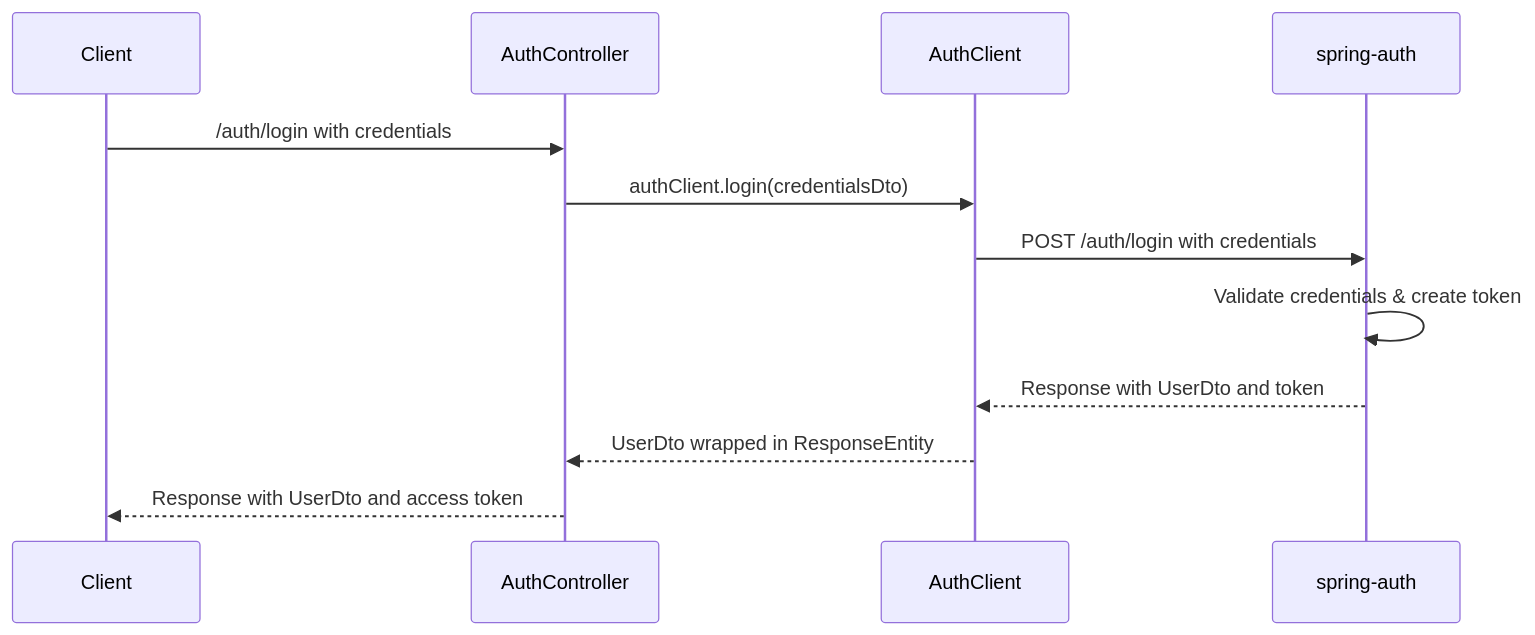
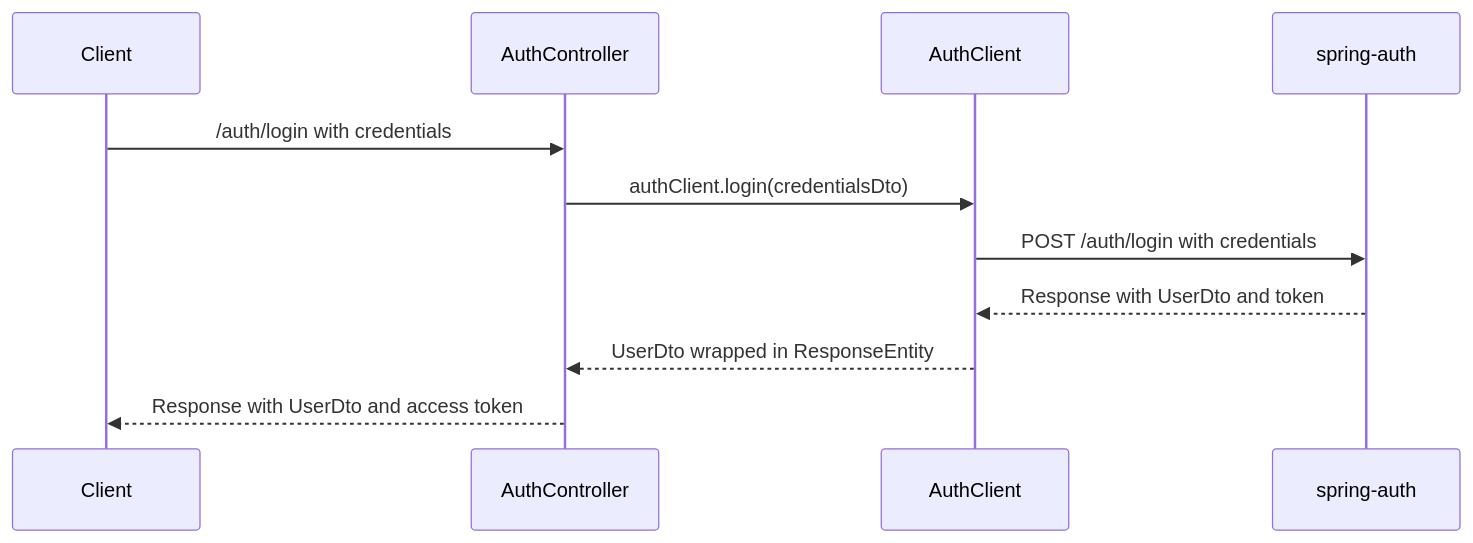
One commit to OrifInformatique/template_frontback changed the first of 6 diagrams in doc/process-documentation.md. Above: the diagram before and after it, drawn with Mermaid. The commit also changed other lines of this file, not shown here.

````diff
--- a/doc/process-documentation.md
+++ b/doc/process-documentation.md
@@ -118,15 +117,14 @@
 ```mermaid
 sequenceDiagram
     participant Client
     participant AuthController
     participant AuthClient
     participant spring-auth
 
     Client->>AuthController: /auth/login with credentials
     AuthController->>AuthClient: authClient.login(credentialsDto)
     AuthClient->>spring-auth: POST /auth/login with credentials
-    spring-auth->>spring-auth: Validate credentials & create token
     spring-auth-->>AuthClient: Response with UserDto and token
     AuthClient-->>AuthController: UserDto wrapped in ResponseEntity
     AuthController-->>Client: Response with UserDto and access token
 ```
````
